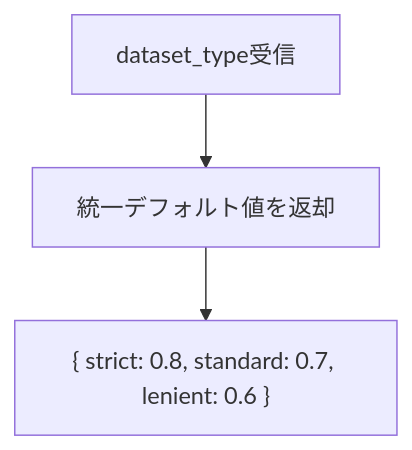
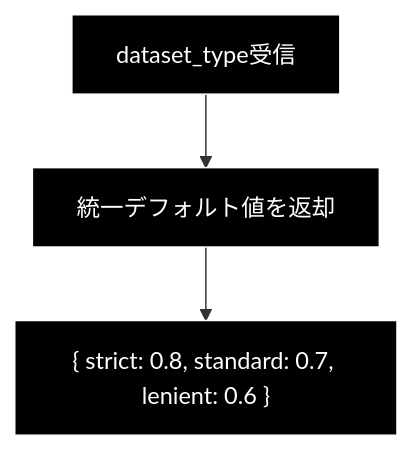
Before and after one commit to nakashima2toshio/grace_v2: the third of 7 diagrams in qa_generation/docs/evaluation.md, drawn with Mermaid. The commit also changed other lines of this file and 3 other files, not shown here.

````diff
--- a/qa_generation/docs/evaluation.md
+++ b/qa_generation/docs/evaluation.md
@@ -134,5 +299,8 @@
 ```mermaid
 flowchart TD
     A[dataset_type受信] --> B[統一デフォルト値を返却]
     B --> C["{ strict: 0.8, standard: 0.7, lenient: 0.6 }"]
+classDef default fill:#000,stroke:#fff,color:#fff
+classDef subgraphStyle fill:#1a1a1a,stroke:#fff,color:#fff
+class A,B,C default
 ```
````
